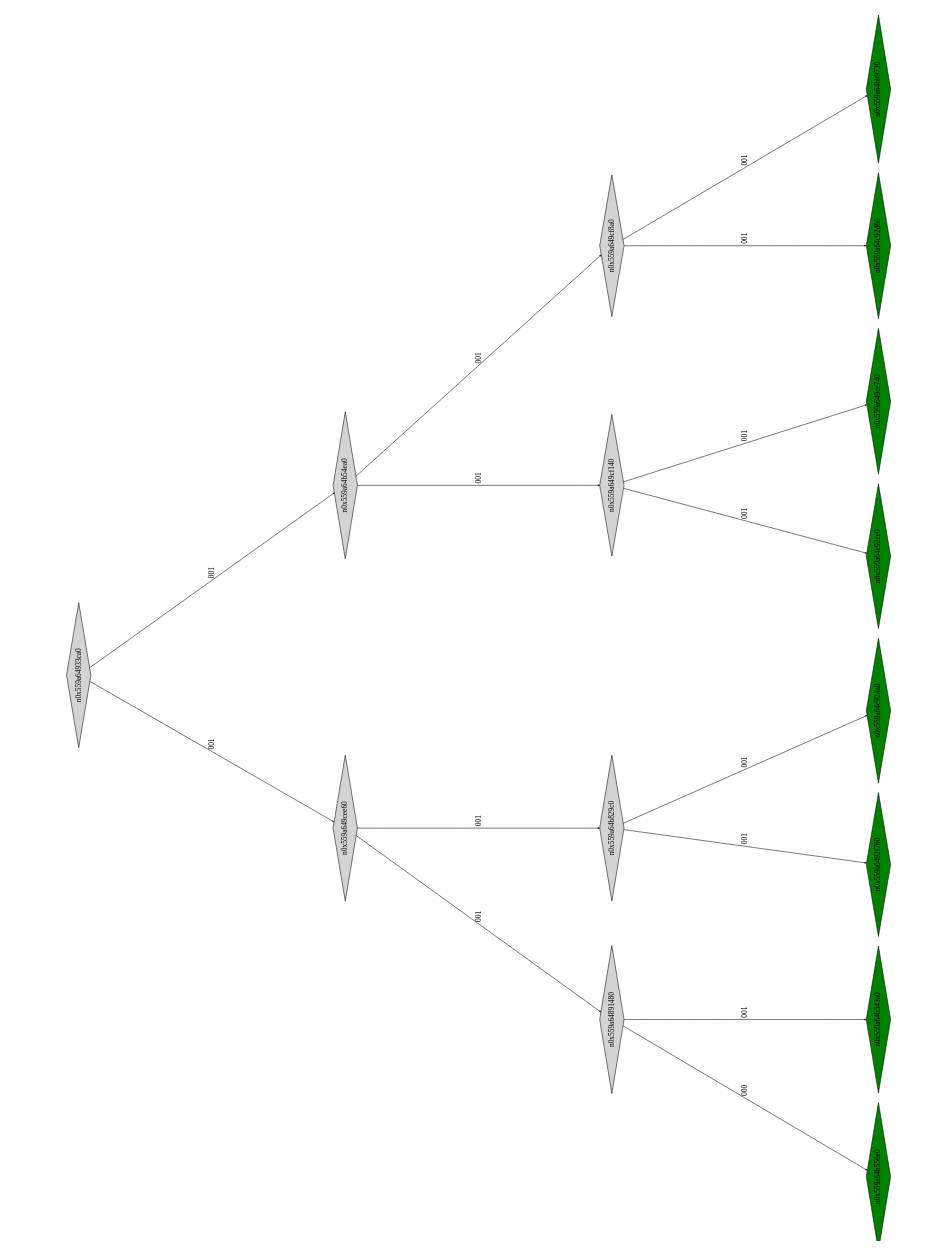
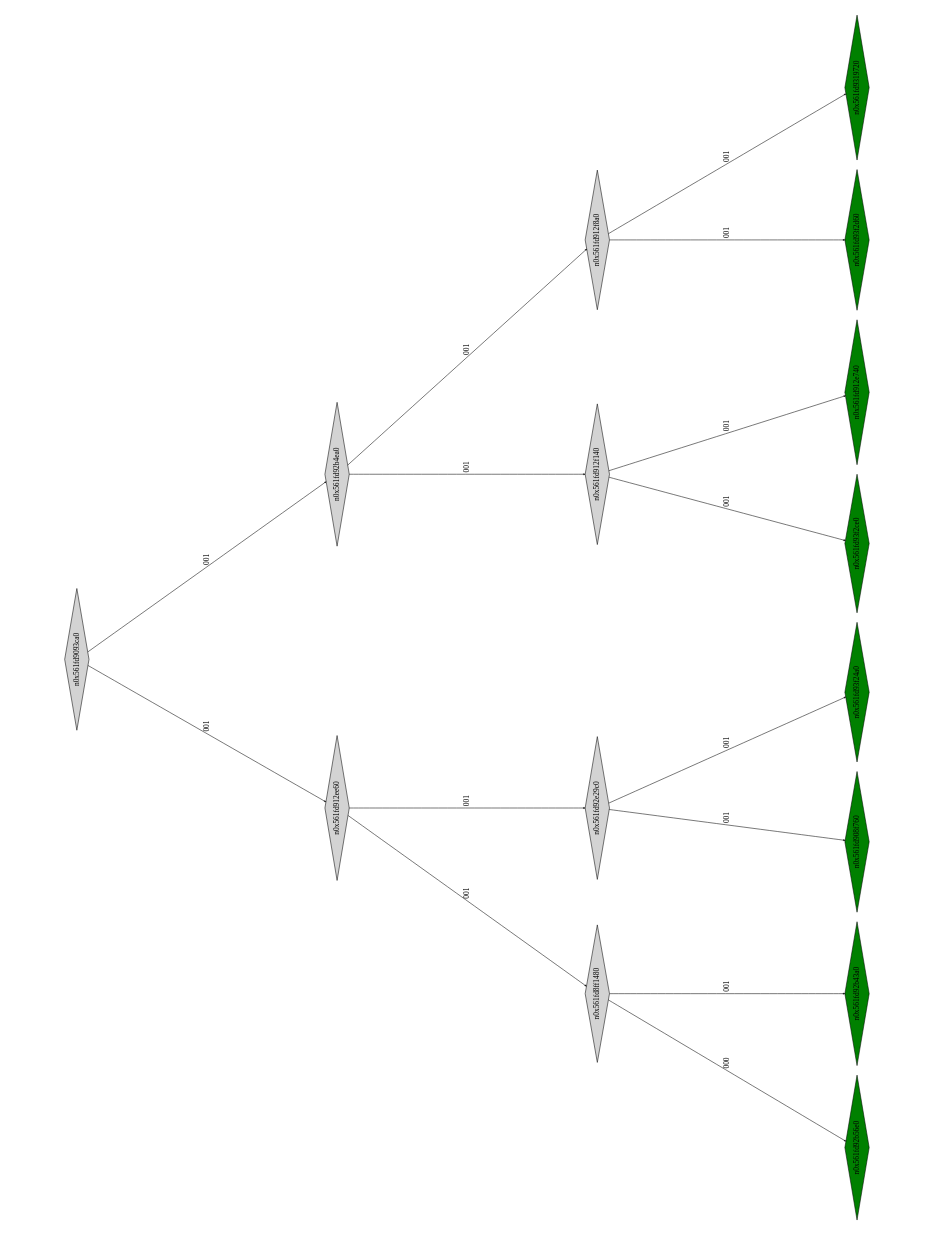
The diagram in montyhall_klee_out/ptree_00001065.dot (Research-Tools-PAVT/PSE-Program-Examples), drawn with Graphviz before and after one commit. The commit also changed 41 other files, not shown here.

```diff
--- a/montyhall_klee_out/ptree_00001065.dot
+++ b/montyhall_klee_out/ptree_00001065.dot
@@ -1,37 +1,37 @@
 digraph G {
 	size="10,7.5";
 	ratio=fill;
 	rotate=90;
 	center = "true";
 	node [style="filled",width=.1,height=.1,fontname="Terminus"]
 	edge [arrowsize=.3]
-	n0x559a64933ca0 [shape=diamond];
-	n0x559a64933ca0 -> n0x559a649cee60 [label=001];
-	n0x559a64933ca0 -> n0x559a64b54ea0 [label=001];
-	n0x559a64b54ea0 [shape=diamond];
-	n0x559a64b54ea0 -> n0x559a649cf140 [label=001];
-	n0x559a64b54ea0 -> n0x559a649cf8a0 [label=001];
-	n0x559a649cf8a0 [shape=diamond];
-	n0x559a649cf8a0 -> n0x559a64c92d60 [label=001];
-	n0x559a649cf8a0 -> n0x559a64bb9720 [label=001];
-	n0x559a64bb9720 [shape=diamond,fillcolor=green];
-	n0x559a64c92d60 [shape=diamond,fillcolor=green];
-	n0x559a649cf140 [shape=diamond];
-	n0x559a649cf140 -> n0x559a64c92ce0 [label=001];
-	n0x559a649cf140 -> n0x559a649ce740 [label=001];
-	n0x559a649ce740 [shape=diamond,fillcolor=green];
-	n0x559a64c92ce0 [shape=diamond,fillcolor=green];
-	n0x559a649cee60 [shape=diamond];
-	n0x559a649cee60 -> n0x559a64891480 [label=001];
-	n0x559a649cee60 -> n0x559a64b829c0 [label=001];
-	n0x559a64b829c0 [shape=diamond];
-	n0x559a64b829c0 -> n0x559a6492f760 [label=001];
-	n0x559a64b829c0 -> n0x559a64c924a0 [label=001];
-	n0x559a64c924a0 [shape=diamond,fillcolor=green];
-	n0x559a6492f760 [shape=diamond,fillcolor=green];
-	n0x559a64891480 [shape=diamond];
-	n0x559a64891480 -> n0x559a64b556e0 [label=000];
-	n0x559a64891480 -> n0x559a64b543a0 [label=001];
-	n0x559a64b543a0 [shape=diamond,fillcolor=green];
-	n0x559a64b556e0 [shape=diamond,fillcolor=green];
+	n0x561fd9093ca0 [shape=diamond];
+	n0x561fd9093ca0 -> n0x561fd912ee60 [label=001];
+	n0x561fd9093ca0 -> n0x561fd92b4ea0 [label=001];
+	n0x561fd92b4ea0 [shape=diamond];
+	n0x561fd92b4ea0 -> n0x561fd912f140 [label=001];
+	n0x561fd92b4ea0 -> n0x561fd912f8a0 [label=001];
+	n0x561fd912f8a0 [shape=diamond];
+	n0x561fd912f8a0 -> n0x561fd93f2d60 [label=001];
+	n0x561fd912f8a0 -> n0x561fd9319720 [label=001];
+	n0x561fd9319720 [shape=diamond,fillcolor=green];
+	n0x561fd93f2d60 [shape=diamond,fillcolor=green];
+	n0x561fd912f140 [shape=diamond];
+	n0x561fd912f140 -> n0x561fd93f2ce0 [label=001];
+	n0x561fd912f140 -> n0x561fd912e740 [label=001];
+	n0x561fd912e740 [shape=diamond,fillcolor=green];
+	n0x561fd93f2ce0 [shape=diamond,fillcolor=green];
+	n0x561fd912ee60 [shape=diamond];
+	n0x561fd912ee60 -> n0x561fd8ff1480 [label=001];
+	n0x561fd912ee60 -> n0x561fd92e29c0 [label=001];
+	n0x561fd92e29c0 [shape=diamond];
+	n0x561fd92e29c0 -> n0x561fd908f760 [label=001];
+	n0x561fd92e29c0 -> n0x561fd93f24a0 [label=001];
+	n0x561fd93f24a0 [shape=diamond,fillcolor=green];
+	n0x561fd908f760 [shape=diamond,fillcolor=green];
+	n0x561fd8ff1480 [shape=diamond];
+	n0x561fd8ff1480 -> n0x561fd92b56e0 [label=000];
+	n0x561fd8ff1480 -> n0x561fd92b43a0 [label=001];
+	n0x561fd92b43a0 [shape=diamond,fillcolor=green];
+	n0x561fd92b56e0 [shape=diamond,fillcolor=green];
 }
```
